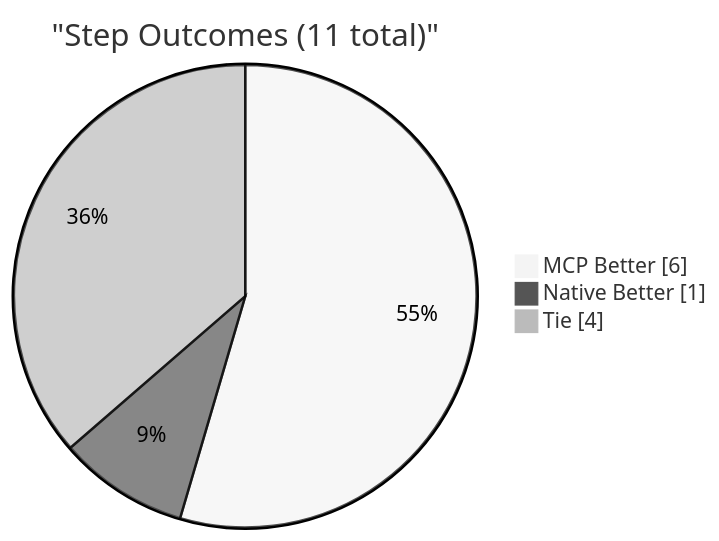
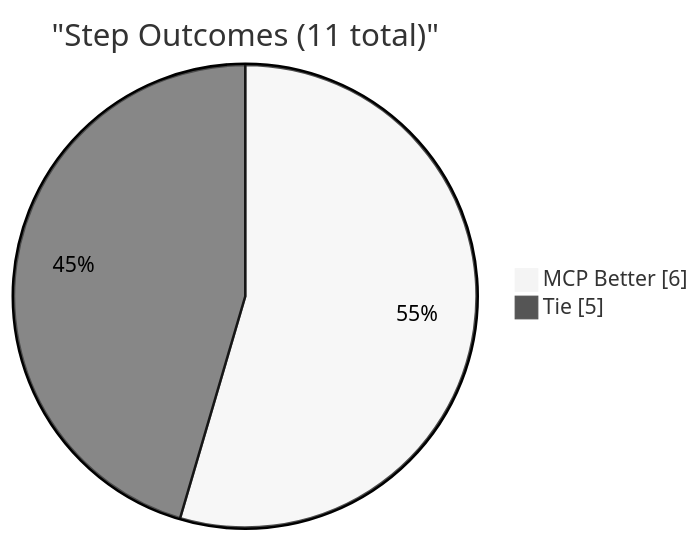
Before and after one commit to BeinerChes/RoslynMcpServer: the fifth of 6 diagrams in docs/benchmark/results.md, drawn with Mermaid (neutral theme). The commit also changed other lines of this file, not shown here.

````diff
--- a/docs/benchmark/results.md
+++ b/docs/benchmark/results.md
@@ -68,7 +68,6 @@
 ```mermaid
 pie showData
     title "Step Outcomes (11 total)"
     "MCP Better" : 6
-    "Native Better" : 1
-    "Tie" : 4
+    "Tie" : 5
 ```
````
